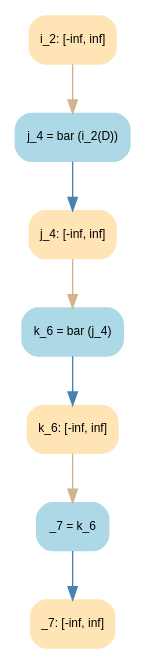
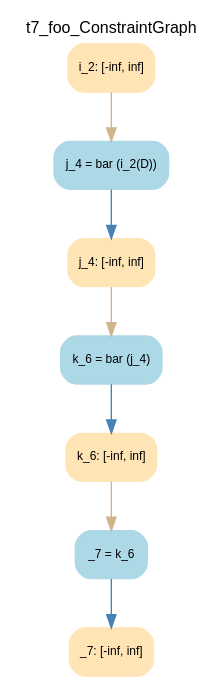
One commit to DeleteMemoryyy/RangeAnalysis changed the diagram in dot/t7_foo_ConstraintGraph.dot. Above: the diagram before and after it, drawn with Graphviz. The commit also changed 48 other files, not shown here.

```diff
--- a/dot/t7_foo_ConstraintGraph.dot
+++ b/dot/t7_foo_ConstraintGraph.dot
@@ -1,23 +1,24 @@
 digraph t7_foo_ConstraintGraph { 
+	label=t7_foo_ConstraintGraph
 	center=true
 	labelloc=top
 	fontname=Arial
 	fontsize=12
 	edge[fontname=Arial, fontsize=10]
 	node[fontname=Arial, fontsize=9]
 
 		Node_0 -> Node_1 [color=steelblue]
 		Node_2 -> Node_3 [color=steelblue]
 		Node_4 -> Node_5 [color=steelblue]
 		Node_5 -> Node_2 [color=tan]
 		Node_6 -> Node_4 [color=tan]
 		Node_3 -> Node_0 [color=tan]
 
 	Node_0 [fillcolor=lightblue, color=lightblue, shape=Mrecord, style=filled, label="{ _7 = k_6 }"]
 	Node_2 [fillcolor=lightblue, color=lightblue, shape=Mrecord, style=filled, label="{ k_6 = bar (j_4) }"]
 	Node_4 [fillcolor=lightblue, color=lightblue, shape=Mrecord, style=filled, label="{ j_4 = bar (i_2(D)) }"]
 	Node_1 [fillcolor=moccasin, color=moccasin, shape=Mrecord, style=filled, label="{ _7: \[-inf, inf\] }"]
 	Node_5 [fillcolor=moccasin, color=moccasin, shape=Mrecord, style=filled, label="{ j_4: \[-inf, inf\] }"]
 	Node_6 [fillcolor=moccasin, color=moccasin, shape=Mrecord, style=filled, label="{ i_2: \[-inf, inf\] }"]
 	Node_3 [fillcolor=moccasin, color=moccasin, shape=Mrecord, style=filled, label="{ k_6: \[-inf, inf\] }"]
 }
```
